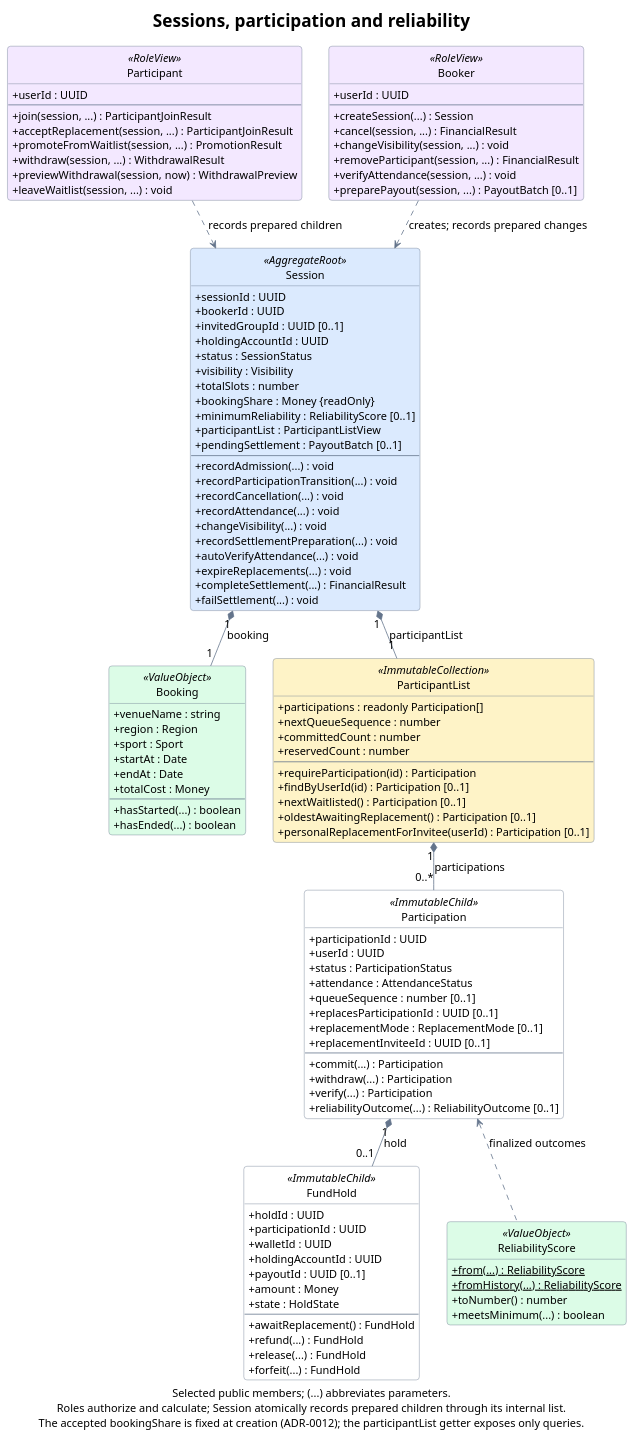
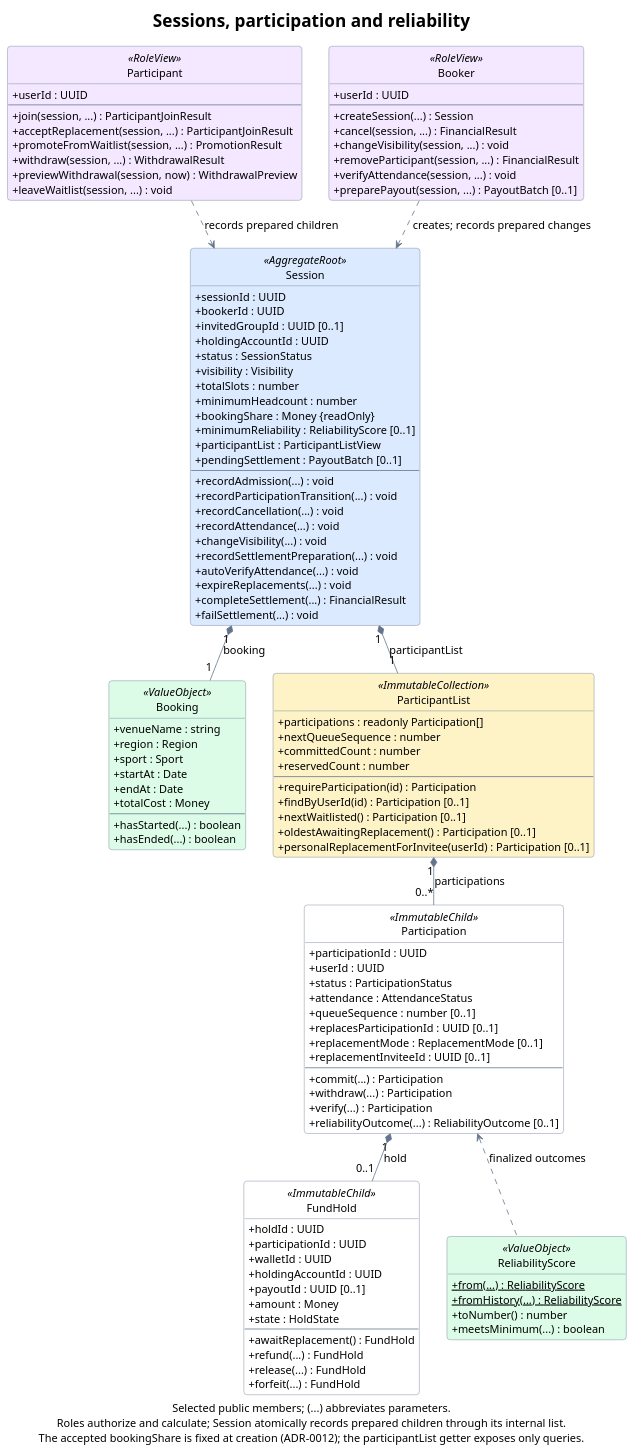
The diagram in docs/diagrams/domain-sessions.puml (rbrishi15/booking-web-manager), drawn with PlantUML before and after one commit. The commit also changed 44 other files, not shown here.

First line of the commit message:
fix(sessions): initialize UC2-02 state and retain minimum headcount

```diff
--- a/docs/diagrams/domain-sessions.puml
+++ b/docs/diagrams/domain-sessions.puml
@@ -1,146 +1,147 @@
 @startuml domain-sessions
 title Sessions, participation and reliability
 
 top to bottom direction
 hide empty members
 hide circle
 skinparam backgroundColor #FFFFFF
 skinparam shadowing false
 skinparam roundcorner 8
 skinparam defaultFontName SansSerif
 skinparam defaultFontSize 14
 skinparam titleFontSize 22
 skinparam ArrowColor #64748B
 skinparam classBorderColor #64748B
 skinparam classBackgroundColor #FFFFFF
 skinparam classBackgroundColor<<AggregateRoot>> #DBEAFE
 skinparam classBackgroundColor<<ValueObject>> #DCFCE7
 skinparam classBackgroundColor<<RoleView>> #F3E8FF
 skinparam classBackgroundColor<<ImmutableCollection>> #FEF3C7
 skinparam classAttributeIconSize 0
 skinparam linetype polyline
 skinparam nodesep 35
 skinparam ranksep 40
 
 class Session <<AggregateRoot>> {
   +sessionId : UUID
   +bookerId : UUID
   +invitedGroupId : UUID [0..1]
   +holdingAccountId : UUID
   +status : SessionStatus
   +visibility : Visibility
   +totalSlots : number
+  +minimumHeadcount : number
   +bookingShare : Money {readOnly}
   +minimumReliability : ReliabilityScore [0..1]
   +participantList : ParticipantListView
   +pendingSettlement : PayoutBatch [0..1]
   --
   +recordAdmission(...) : void
   +recordParticipationTransition(...) : void
   +recordCancellation(...) : void
   +recordAttendance(...) : void
   +changeVisibility(...) : void
   +recordSettlementPreparation(...) : void
   +autoVerifyAttendance(...) : void
   +expireReplacements(...) : void
   +completeSettlement(...) : FinancialResult
   +failSettlement(...) : void
 }
 
 class Participant <<RoleView>> {
   +userId : UUID
   --
   +join(session, ...) : ParticipantJoinResult
   +acceptReplacement(session, ...) : ParticipantJoinResult
   +promoteFromWaitlist(session, ...) : PromotionResult
   +withdraw(session, ...) : WithdrawalResult
   +previewWithdrawal(session, now) : WithdrawalPreview
   +leaveWaitlist(session, ...) : void
 }
 
 class Booker <<RoleView>> {
   +userId : UUID
   --
   +createSession(...) : Session
   +cancel(session, ...) : FinancialResult
   +changeVisibility(session, ...) : void
   +removeParticipant(session, ...) : FinancialResult
   +verifyAttendance(session, ...) : void
   +preparePayout(session, ...) : PayoutBatch [0..1]
 }
 
 class Booking <<ValueObject>> {
   +venueName : string
   +region : Region
   +sport : Sport
   +startAt : Date
   +endAt : Date
   +totalCost : Money
   --
   +hasStarted(...) : boolean
   +hasEnded(...) : boolean
 }
 
 class ParticipantList <<ImmutableCollection>> {
   +participations : readonly Participation[]
   +nextQueueSequence : number
   +committedCount : number
   +reservedCount : number
   --
   +requireParticipation(id) : Participation
   +findByUserId(id) : Participation [0..1]
   +nextWaitlisted() : Participation [0..1]
   +oldestAwaitingReplacement() : Participation [0..1]
   +personalReplacementForInvitee(userId) : Participation [0..1]
 }
 
 class Participation <<ImmutableChild>> {
   +participationId : UUID
   +userId : UUID
   +status : ParticipationStatus
   +attendance : AttendanceStatus
   +queueSequence : number [0..1]
   +replacesParticipationId : UUID [0..1]
   +replacementMode : ReplacementMode [0..1]
   +replacementInviteeId : UUID [0..1]
   --
   +commit(...) : Participation
   +withdraw(...) : Participation
   +verify(...) : Participation
   +reliabilityOutcome(...) : ReliabilityOutcome [0..1]
 }
 
 class FundHold <<ImmutableChild>> {
   +holdId : UUID
   +participationId : UUID
   +walletId : UUID
   +holdingAccountId : UUID
   +payoutId : UUID [0..1]
   +amount : Money
   +state : HoldState
   --
   +awaitReplacement() : FundHold
   +refund(...) : FundHold
   +release(...) : FundHold
   +forfeit(...) : FundHold
 }
 
 class ReliabilityScore <<ValueObject>> {
   {static} +from(...) : ReliabilityScore
   {static} +fromHistory(...) : ReliabilityScore
   +toNumber() : number
   +meetsMinimum(...) : boolean
 }
 
 Session "1" *-down- "1" Booking : booking
 Participant .down.> Session : records prepared children
 Booker .down.> Session : creates; records prepared changes
 Session "1" *-down- "1" ParticipantList : participantList
 ParticipantList "1" *-down- "0..*" Participation : participations
 Participation "1" *-down- "0..1" FundHold : hold
 ReliabilityScore .up.> Participation : finalized outcomes
 Booking -[hidden]right- ParticipantList
 FundHold -[hidden]right- ReliabilityScore
 
 caption Selected public members; (...) abbreviates parameters.\nRoles authorize and calculate; Session atomically records prepared children through its internal list.\nThe accepted bookingShare is fixed at creation (ADR-0012); the participantList getter exposes only queries.
 @enduml
```
